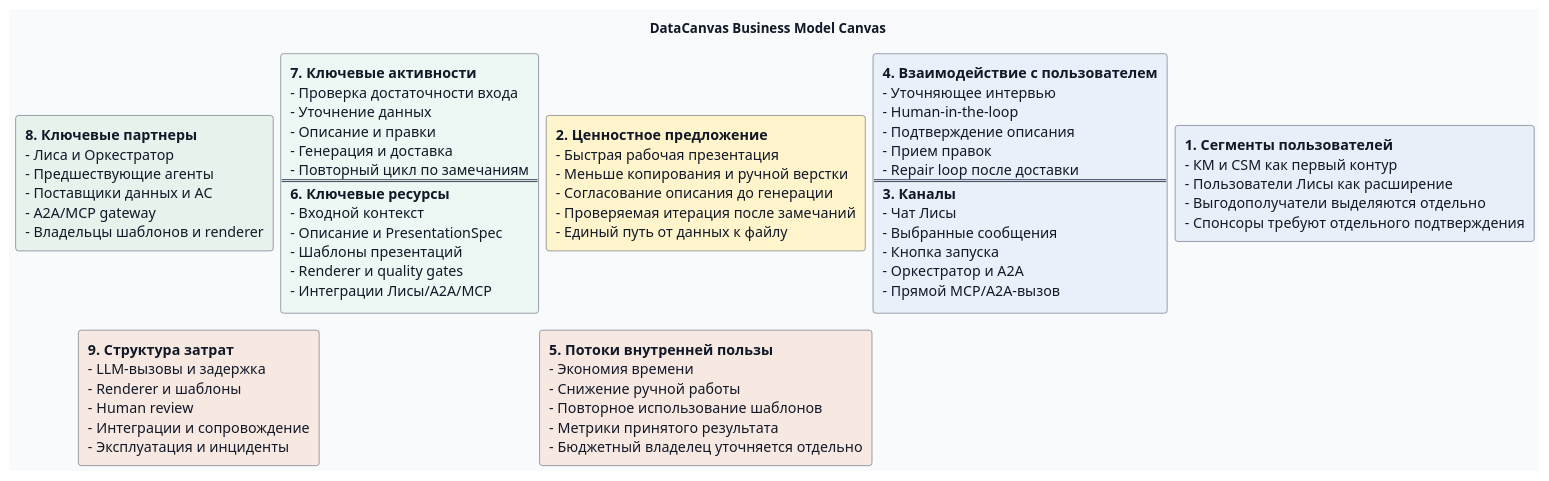
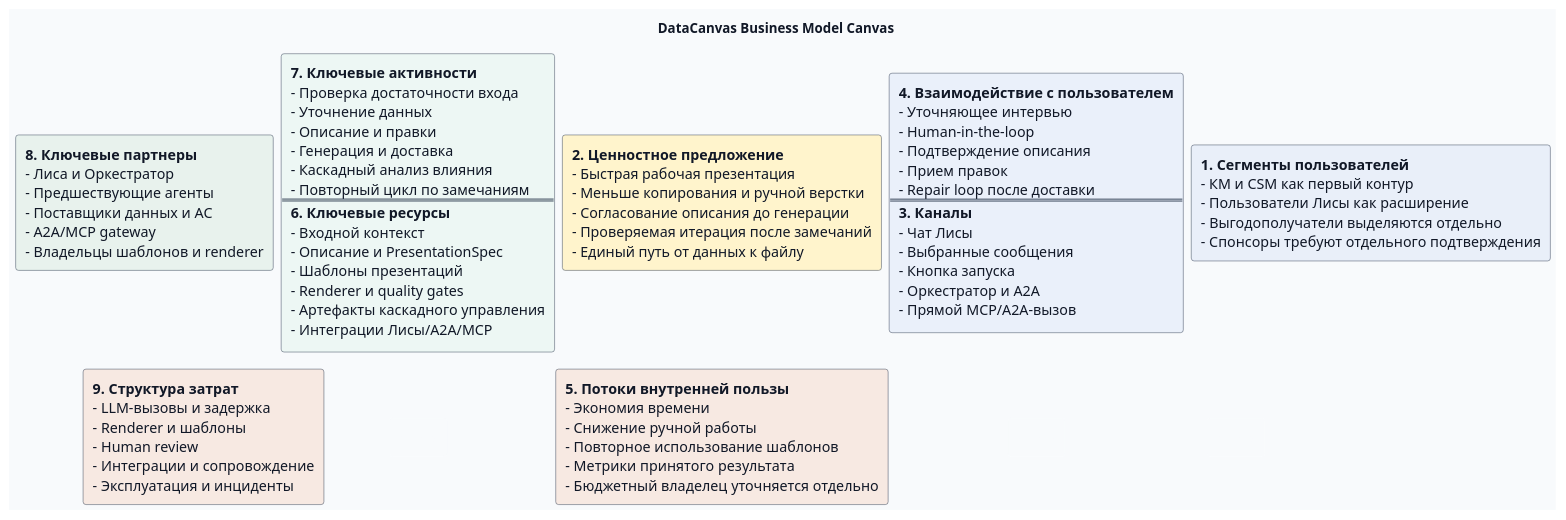
The diagram in docs/product/bmc/source/derived/datacanvas-bmc.puml (RussianLioN/datacanvas), drawn with PlantUML before and after one commit. The commit also changed 75 other files, not shown here.

```diff
--- a/docs/product/bmc/source/derived/datacanvas-bmc.puml
+++ b/docs/product/bmc/source/derived/datacanvas-bmc.puml
@@ -1,44 +1,44 @@
 @startuml
 ' generated by scripts/generate-bmc-artifacts.mjs; do not edit by hand.
 title DataCanvas Business Model Canvas
 top to bottom direction
 skinparam backgroundColor #F8FAFC
 skinparam nodesep 8
 skinparam ranksep 18
 skinparam defaultFontName "Noto Sans"
 skinparam defaultFontColor #111827
 skinparam defaultFontSize 15
 skinparam rectangle {
   RoundCorner 6
   Shadowing false
   BorderColor #334155
 }
 skinparam rectangle<<gap>> {
   BorderColor #F8FAFC
   BackgroundColor #F8FAFC
   FontColor #F8FAFC
 }
 rectangle "<b>8. Ключевые партнеры</b>\n- Лиса и Оркестратор\n- Предшествующие агенты\n- Поставщики данных и АС\n- A2A/MCP gateway\n- Владельцы шаблонов и renderer" as B8 #E8F2ED
-rectangle "<b>7. Ключевые активности</b>\n- Проверка достаточности входа\n- Уточнение данных\n- Описание и правки\n- Генерация и доставка\n- Повторный цикл по замечаниям\n==\n<b>6. Ключевые ресурсы</b>\n- Входной контекст\n- Описание и PresentationSpec\n- Шаблоны презентаций\n- Renderer и quality gates\n- Интеграции Лисы/A2A/MCP" as B76 #EDF7F4
+rectangle "<b>7. Ключевые активности</b>\n- Проверка достаточности входа\n- Уточнение данных\n- Описание и правки\n- Генерация и доставка\n- Каскадный анализ влияния\n- Повторный цикл по замечаниям\n==\n<b>6. Ключевые ресурсы</b>\n- Входной контекст\n- Описание и PresentationSpec\n- Шаблоны презентаций\n- Renderer и quality gates\n- Артефакты каскадного управления\n- Интеграции Лисы/A2A/MCP" as B76 #EDF7F4
 rectangle "<b>2. Ценностное предложение</b>\n- Быстрая рабочая презентация\n- Меньше копирования и ручной верстки\n- Согласование описания до генерации\n- Проверяемая итерация после замечаний\n- Единый путь от данных к файлу" as B2 #FFF4CC
 rectangle "<b>4. Взаимодействие с пользователем</b>\n- Уточняющее интервью\n- Human-in-the-loop\n- Подтверждение описания\n- Прием правок\n- Repair loop после доставки\n==\n<b>3. Каналы</b>\n- Чат Лисы\n- Выбранные сообщения\n- Кнопка запуска\n- Оркестратор и A2A\n- Прямой MCP/A2A-вызов" as B43 #EAF0FA
 rectangle "<b>1. Сегменты пользователей</b>\n- КМ и CSM как первый контур\n- Пользователи Лисы как расширение\n- Выгодополучатели выделяются отдельно\n- Спонсоры требуют отдельного подтверждения" as B1 #E9EFF9
 rectangle "<b>9. Структура затрат</b>\n- LLM-вызовы и задержка\n- Renderer и шаблоны\n- Human review\n- Интеграции и сопровождение\n- Эксплуатация и инциденты" as B9 #F7E9E2
 rectangle " " as E1 <<gap>>
 rectangle "<b>5. Потоки внутренней пользы</b>\n- Экономия времени\n- Снижение ручной работы\n- Повторное использование шаблонов\n- Метрики принятого результата\n- Бюджетный владелец уточняется отдельно" as B5 #F7E9E2
 rectangle " " as E2 <<gap>>
 rectangle " " as E3 <<gap>>
 B8 -[hidden]right- B76
 B76 -[hidden]right- B2
 B2 -[hidden]right- B43
 B43 -[hidden]right- B1
 B8 -[hidden]down- B9
 B76 -[hidden]down- E1
 B2 -[hidden]down- B5
 B43 -[hidden]down- E2
 B1 -[hidden]down- E3
 B9 -[hidden]right- E1
 E1 -[hidden]right- B5
 B5 -[hidden]right- E2
 E2 -[hidden]right- E3
 @enduml
```
